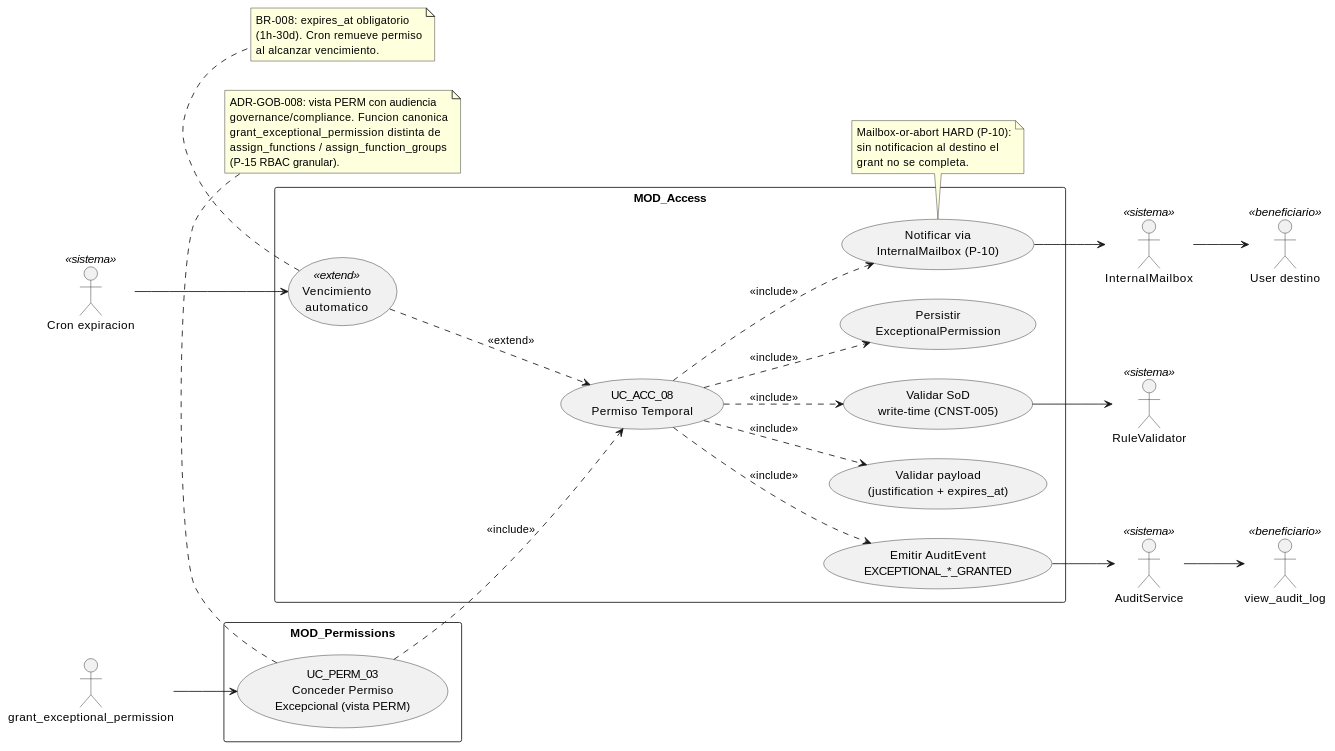
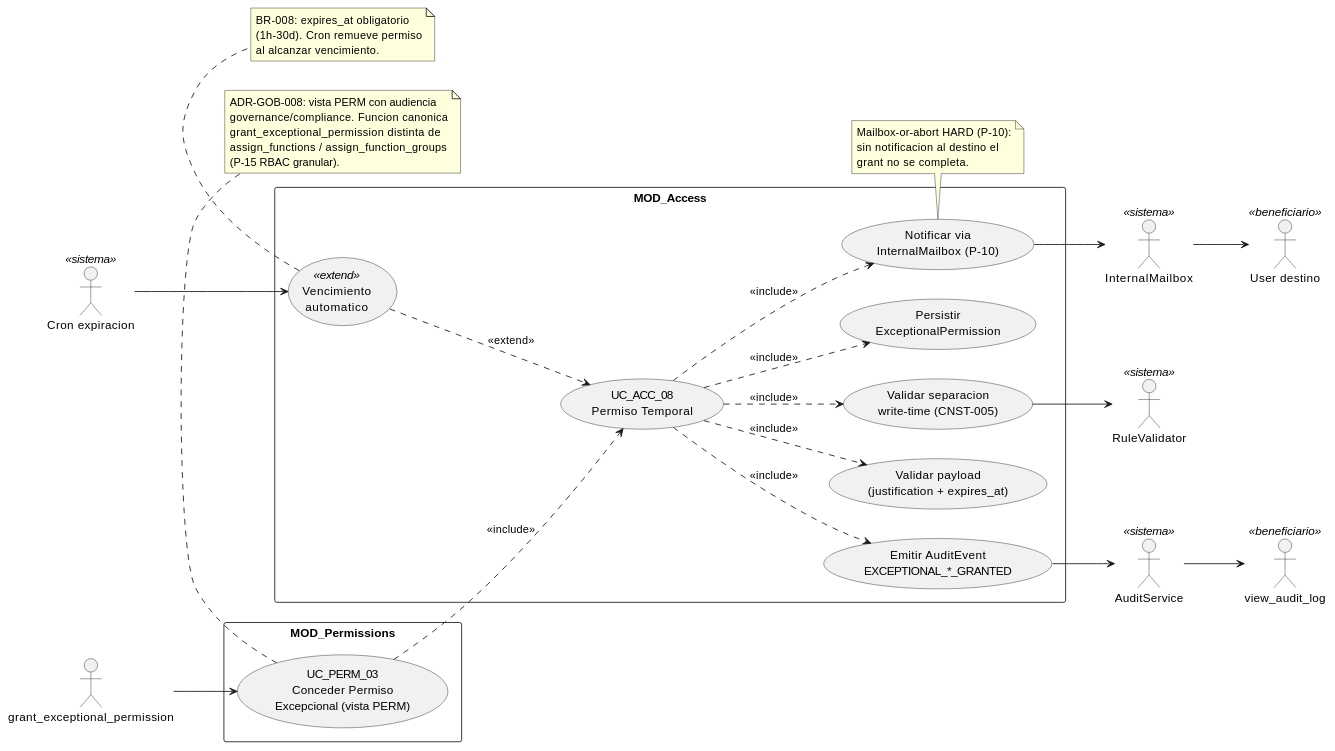
Before and after one commit to jcg-admin/IACT-docs: the diagram in source/requisitos/casos-uso/permissions/uc-perm-03/diagramas-uml/diagrama-de-caso-de-uso.rst, drawn with PlantUML. The commit also changed other lines of this file and 148 other files, not shown here.

```diff
--- a/source/requisitos/casos-uso/permissions/uc-perm-03/diagramas-uml/diagrama-de-caso-de-uso.rst
+++ b/source/requisitos/casos-uso/permissions/uc-perm-03/diagramas-uml/diagrama-de-caso-de-uso.rst
@@ -4,66 +4,66 @@
 .. uml::
  :caption: UC_PERM_03 — vista PERM de UC_ACC_08
 
  @startuml
 
  left to right direction
 
  actor "grant_exceptional_permission" as INVOKER
  actor "User destino" as TARGET <<beneficiario>>
  actor "view_audit_log" as view_audit_log <<beneficiario>>
  actor "Cron expiracion" as CRON <<sistema>>
  actor "InternalMailbox" as MB <<sistema>>
  actor "RuleValidator" as RV <<sistema>>
  actor "AuditService" as AS <<sistema>>
 
  rectangle "MOD_Permissions" {
    usecase "UC_PERM_03\nConceder Permiso\nExcepcional (vista PERM)" as UC_PERM_03
  }
 
  rectangle "MOD_Access" {
    usecase "UC_ACC_08\nPermiso Temporal" as UC_ACC_08
    usecase "Validar payload\n(justification + expires_at)" as VALIDAR_PAYLOAD
-   usecase "Validar SoD\nwrite-time (CNST-005)" as VALIDAR_SOD
+   usecase "Validar separacion\nwrite-time (CNST-005)" as VALIDAR_SEPARATION_RULES
    usecase "Persistir\nExceptionalPermission" as PERSISTIR
    usecase "Notificar via\nInternalMailbox (P-10)" as MAILBOX
    usecase "Emitir AuditEvent\nEXCEPTIONAL_*_GRANTED" as AUDIT
    usecase "Vencimiento\nautomatico" as EXPIRY <<extend>>
  }
 
  INVOKER --> UC_PERM_03
  UC_PERM_03 ..> UC_ACC_08 : <<include>>
  UC_ACC_08 ..> VALIDAR_PAYLOAD : <<include>>
- UC_ACC_08 ..> VALIDAR_SOD : <<include>>
+ UC_ACC_08 ..> VALIDAR_SEPARATION_RULES : <<include>>
  UC_ACC_08 ..> PERSISTIR : <<include>>
  UC_ACC_08 ..> MAILBOX : <<include>>
  UC_ACC_08 ..> AUDIT : <<include>>
  EXPIRY ..> UC_ACC_08 : <<extend>>
 
- VALIDAR_SOD --> RV
+ VALIDAR_SEPARATION_RULES --> RV
  MAILBOX --> MB
  MB --> TARGET
  AUDIT --> AS
  AS --> view_audit_log
  CRON --> EXPIRY
 
  note bottom of UC_PERM_03
    ADR-GOB-008: vista PERM con audiencia
    governance/compliance. Funcion canonica
    grant_exceptional_permission distinta de
    assign_functions / assign_function_groups
    (P-15 RBAC granular).
  end note
 
  note bottom of MAILBOX
    Mailbox-or-abort HARD (P-10):
    sin notificacion al destino el
    grant no se completa.
  end note
 
  note bottom of EXPIRY
    BR-008: expires_at obligatorio
    (1h-30d). Cron remueve permiso
    al alcanzar vencimiento.
  end note
 
  @enduml
```
